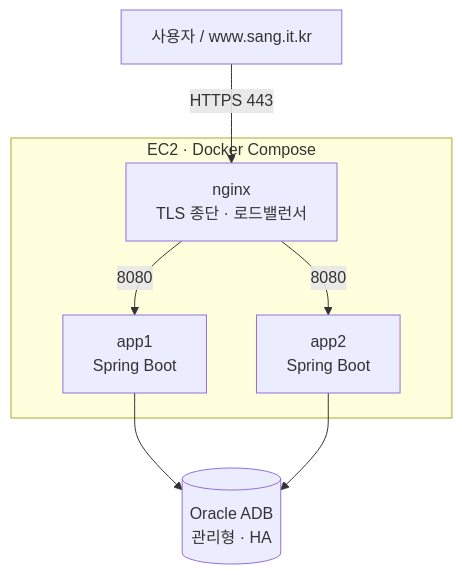
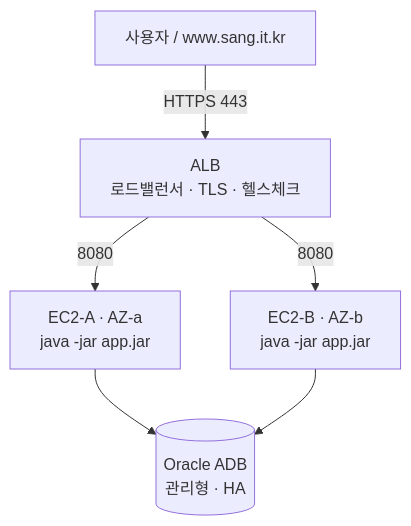
The diagram in docs/배포_형상_전략.md (sangkwon-poly/sangkwon-platform-poly), drawn with Mermaid before and after one commit. The commit also changed other lines of this file and 3 other files, not shown here.

Commit message:
feat: EC2 2대 + ALB(진짜 HA) 배포 구성 - systemd jar + ALB 런북

````diff
--- a/docs/배포_형상_전략.md
+++ b/docs/배포_형상_전략.md
@@ -8,13 +11,8 @@
 ```mermaid
 flowchart TB
-    U[사용자 / www.sang.it.kr] -->|HTTPS 443| N[nginx<br/>TLS 종단 · 로드밸런서]
-    N -->|8080| A1[app1<br/>Spring Boot]
-    N -->|8080| A2[app2<br/>Spring Boot]
-    A1 --> DB[(Oracle ADB<br/>관리형 · HA)]
-    A2 --> DB
-    subgraph EC2 [EC2 · Docker Compose]
-        N
-        A1
-        A2
-    end
+    U[사용자 / www.sang.it.kr] -->|HTTPS 443| ALB[ALB<br/>로드밸런서 · TLS · 헬스체크]
+    ALB -->|8080| A[EC2-A · AZ-a<br/>java -jar app.jar]
+    ALB -->|8080| B[EC2-B · AZ-b<br/>java -jar app.jar]
+    A --> DB[(Oracle ADB<br/>관리형 · HA)]
+    B --> DB
 ```
````
